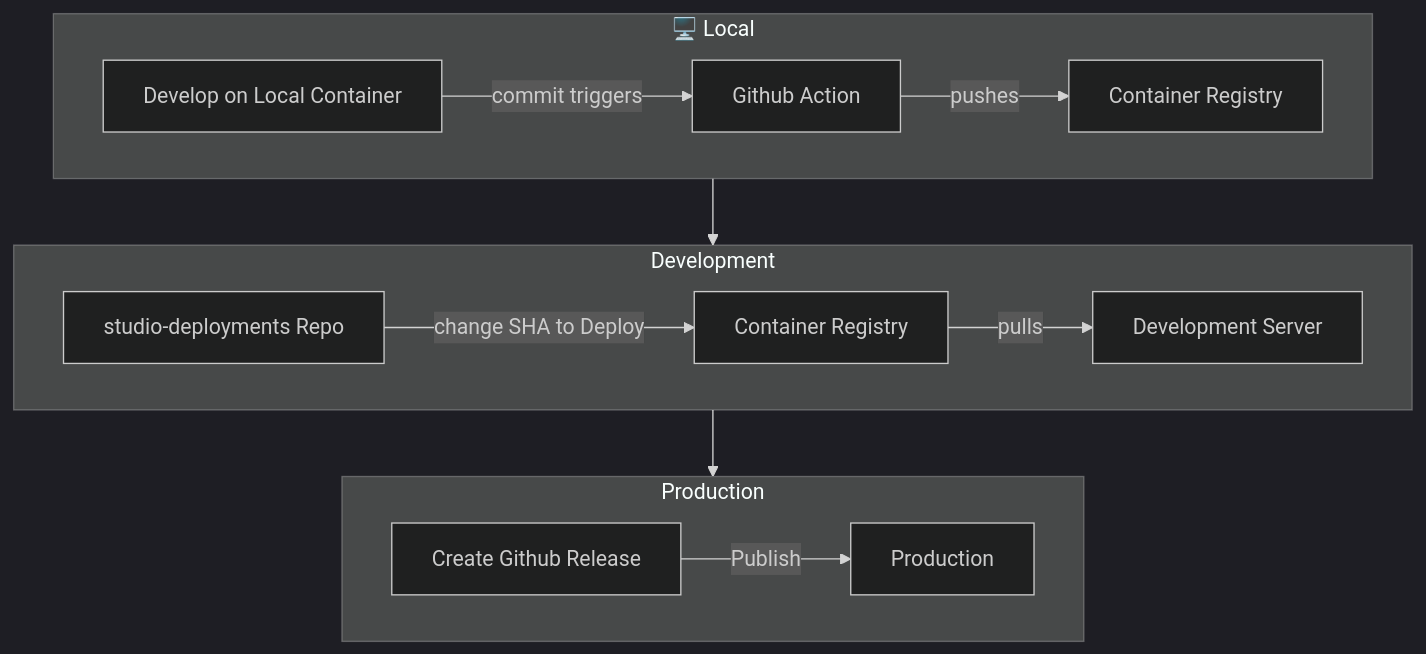
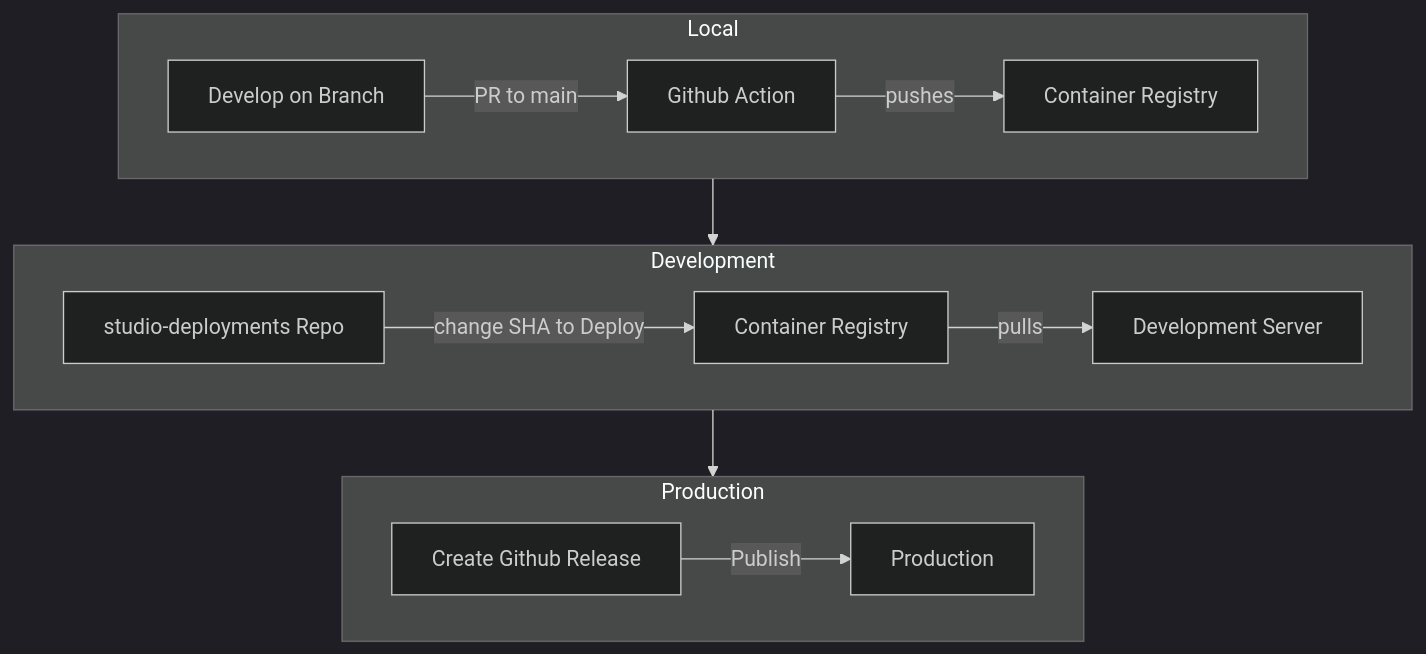
One commit to MarkWojciechowicz/test-versioning changed the diagram in .github/workflows/studio_process.md. Above: the diagram before and after it, drawn with Mermaid (dark theme). The commit also changed 1 other file, not shown here.

Commit message:
feat: switched to trigger from PR

````diff
--- a/.github/workflows/studio_process.md
+++ b/.github/workflows/studio_process.md
@@ -1,26 +1,26 @@
 ```mermaid
 graph TD
-    subgraph Local["🖥️ Local"]
-        A["Develop on Local Container"]
+    subgraph Local["Local"]
+        A["Develop on Branch"]
         C["Github Action"]
-        A -->|commit triggers| C
+        A -->|PR to main | C
         C -->|pushes| D["Container Registry"]
     end
     
     subgraph Development["Development"]
         E["studio-deployments Repo"]
         G["Development Server"]
         cd["Container Registry"]
         E -->|change SHA to Deploy| cd
         cd --> |pulls | G
     end
     
     subgraph Production["Production"]
         H["Create Github Release"]
         J["Production"]
         H -->|Publish | J
     end
     
     Local -->| | Development
     Development --> | | Production
 ```
````
